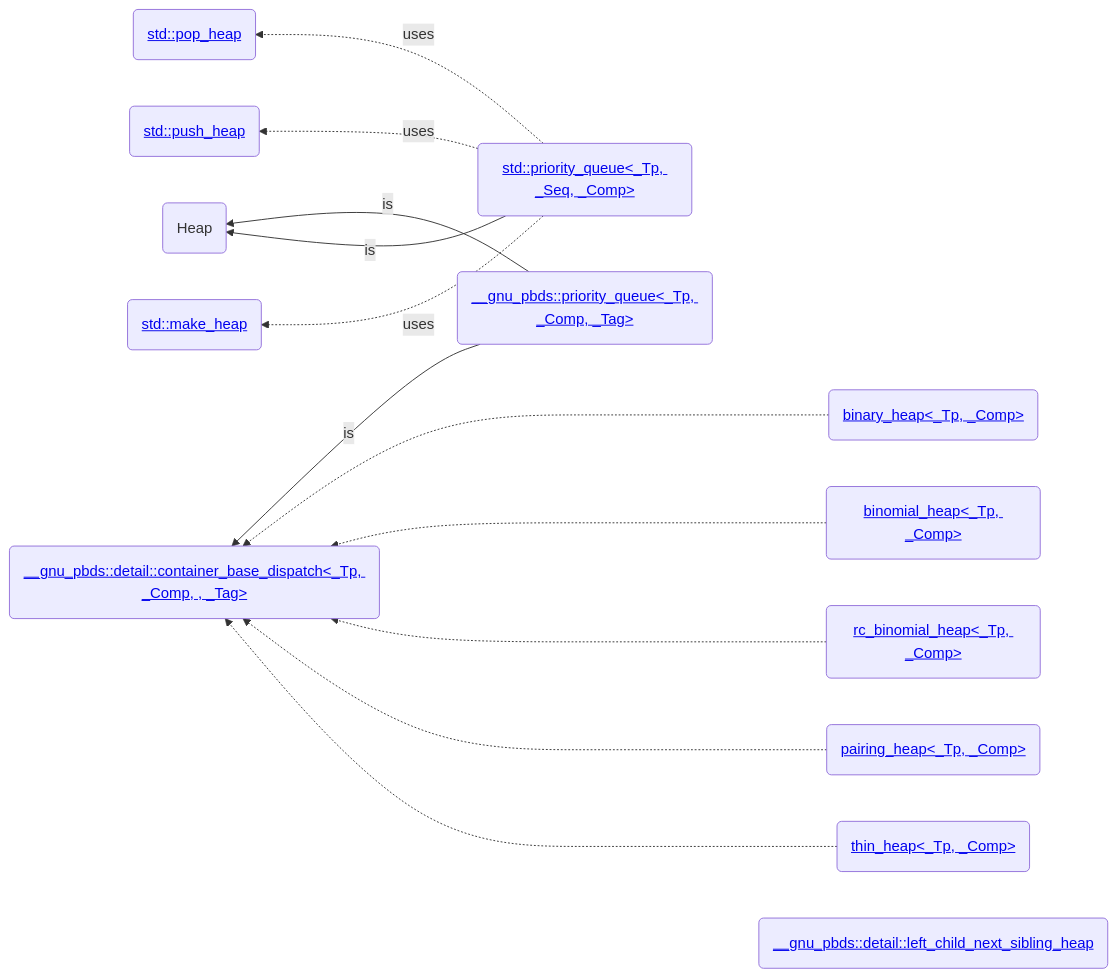
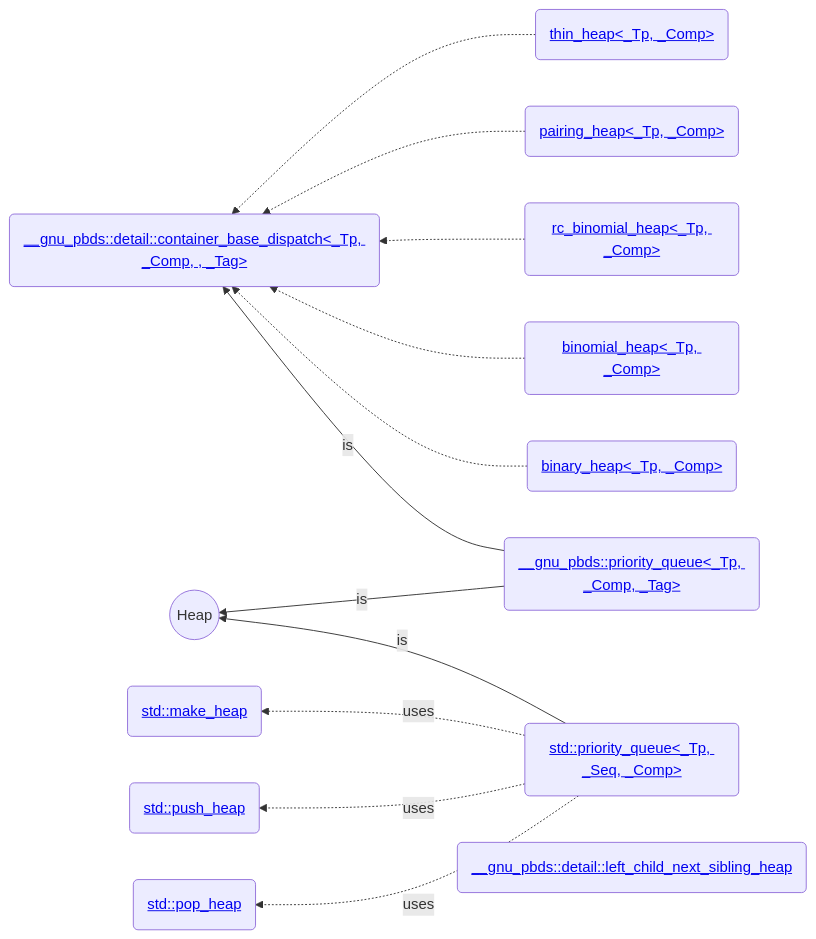
Before and after one commit to AsherJingkongChen/ds-assign4: the diagram in doc/priority_queue.md, drawn with Mermaid.

Commit message:
Asher Chen commited at 2022-12-28_16-54-01

````diff
--- a/doc/priority_queue.md
+++ b/doc/priority_queue.md
@@ -3,31 +3,31 @@
 ```mermaid
 graph RL;
-heap(Heap);
+heap((Heap));
 gpq(<a href=https://gcc.gnu.org/onlinedocs/gcc-12.2.0/libstdc++/api/a12902.html>__gnu_pbds::priority_queue<_Tp, _Comp, _Tag></a>);
 spq(<a href=https://gcc.gnu.org/onlinedocs/gcc-12.2.0/libstdc++/api/a08762.html>std::priority_queue<_Tp, _Seq, _Comp></a>);
 make(<a href=https://gcc.gnu.org/onlinedocs/gcc-12.2.0/libstdc++/api/a01614.html#ga2a685c934e85086e5ac372026e8064f6>std::make_heap</a>);
 push(<a href=https://gcc.gnu.org/onlinedocs/gcc-12.2.0/libstdc++/api/a01614.html#gab628ce505c9574f8929a0fa49ed514b3>std::push_heap</a>);
 pop(<a href=https://gcc.gnu.org/onlinedocs/gcc-12.2.0/libstdc++/api/a01614.html#ga0a57ba46981d46e0f3ebd4703d0ad18b>std::pop_heap);
 binhp(<a href=https://gcc.gnu.org/onlinedocs/gcc-12.2.0/libstdc++/api/a13278.html>binary_heap<_Tp, _Comp></a>);
 bimhp(<a href=https://gcc.gnu.org/onlinedocs/gcc-12.2.0/libstdc++/api/a13326.html>binomial_heap<_Tp, _Comp></a>);
 pahp(<a href=https://gcc.gnu.org/onlinedocs/gcc-12.2.0/libstdc++/api/a13550.html>pairing_heap<_Tp, _Comp></a>);
 rbimhp(<a href=https://gcc.gnu.org/onlinedocs/gcc-12.2.0/libstdc++/api/a13654.html>rc_binomial_heap<_Tp, _Comp></a>);
 thinhp(<a href=https://gcc.gnu.org/onlinedocs/gcc-12.2.0/libstdc++/api/a13702.html>thin_heap<_Tp, _Comp></a>);
 gcbase(<a href=https://gcc.gnu.org/onlinedocs/gcc-12.2.0/libstdc++/api/a13070.html>__gnu_pbds::detail::container_base_dispatch<_Tp, _Comp, , _Tag></a>);
 lcnsh(<a href=https://gcc.gnu.org/onlinedocs/gcc-12.2.0/libstdc++/api/a13482.html>__gnu_pbds::detail::left_child_next_sibling_heap</a>);
 
+spq -->|is| heap;
 gpq -->|is| heap;
-spq -->|is| heap;
 
 spq .->|uses| make;
 spq .->|uses| push;
 spq .->|uses| pop;
 
 gpq -->|is| gcbase;
 
-binhp ..-> gcbase;
-bimhp ..-> gcbase;
-rbimhp ..-> gcbase;
-pahp ..-> gcbase;
-thinhp ..-> gcbase;
+binhp .-> gcbase;
+bimhp .-> gcbase;
+rbimhp .-> gcbase;
+pahp .-> gcbase;
+thinhp .-> gcbase;
 ```
````
